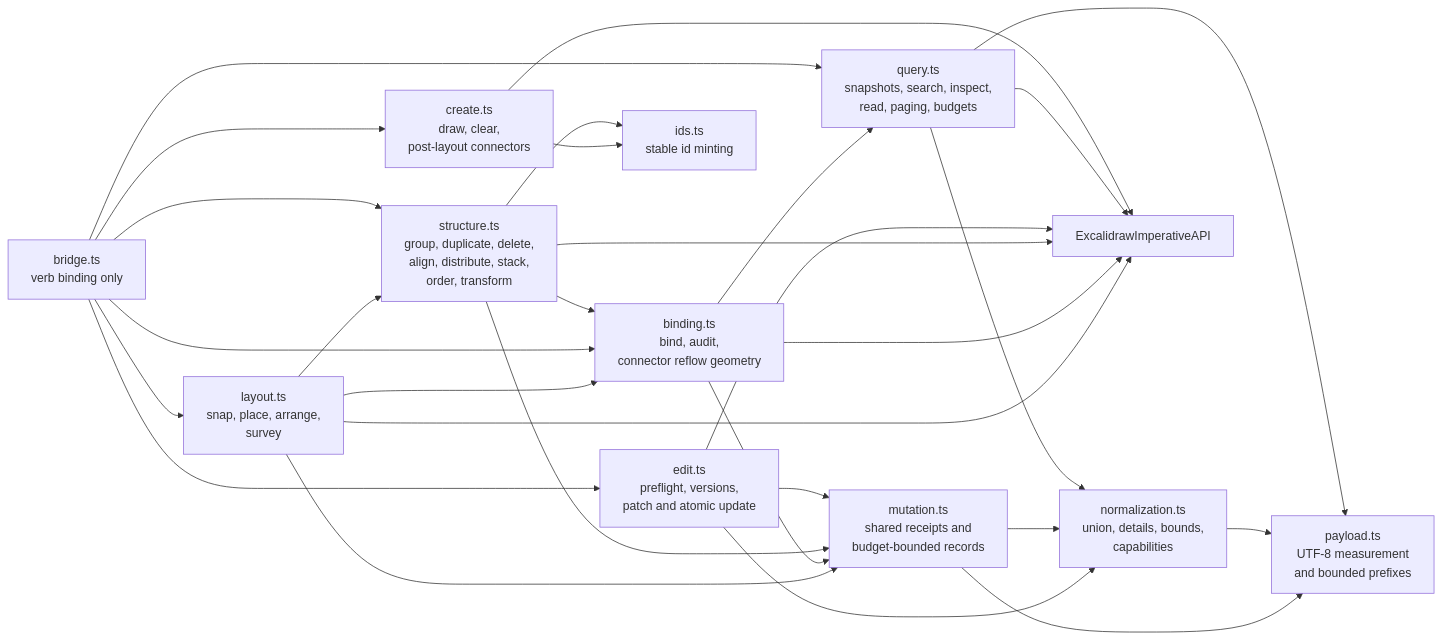
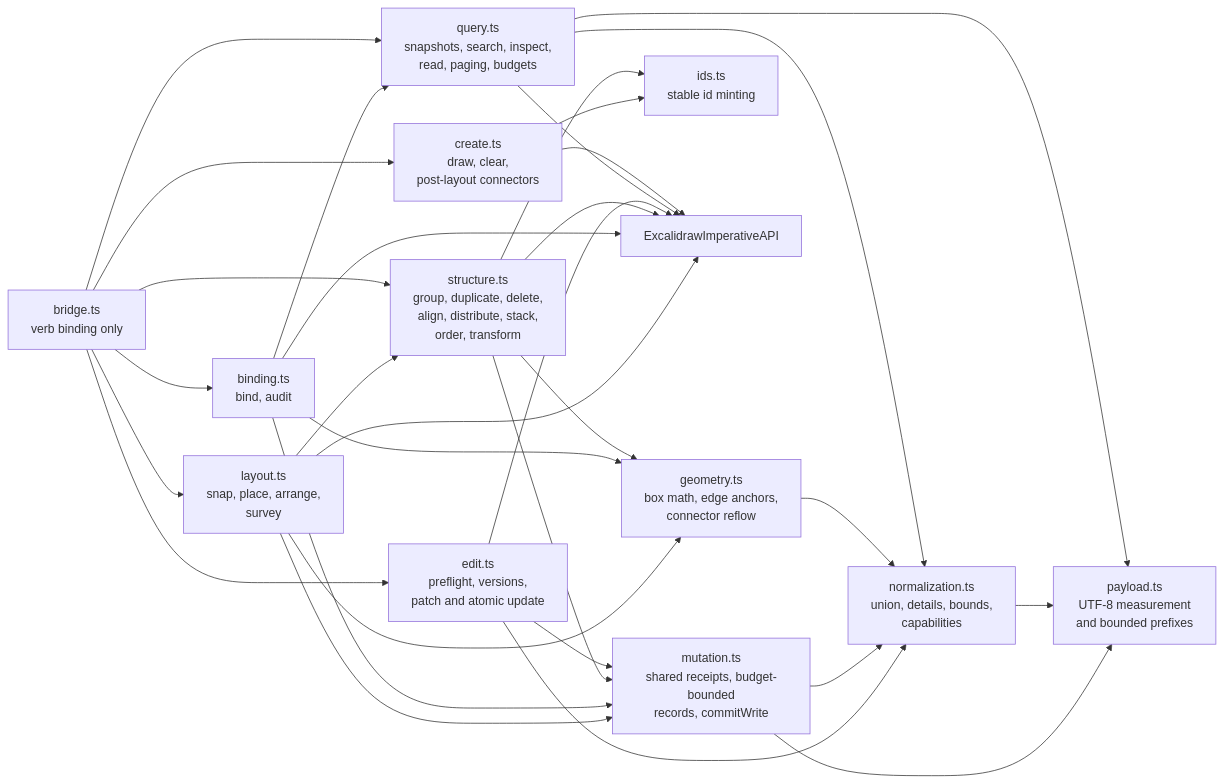
The eighth of 12 diagrams in docs/app-harness.md (NNTin/tinytinkerer), drawn with Mermaid before and after one commit. The commit also changed other lines of this file and 8 other files, not shown here.

First line of the commit message:
refactor(canvas): extract shared geometry + write/truncation helpers

````diff
--- a/docs/app-harness.md
+++ b/docs/app-harness.md
@@ -474,38 +474,41 @@
 ```mermaid
 flowchart LR
   bridge["bridge.ts<br/>verb binding only"]
   create["create.ts<br/>draw, clear,<br/>post-layout connectors"]
   query["query.ts<br/>snapshots, search, inspect,<br/>read, paging, budgets"]
   normalization["normalization.ts<br/>union, details, bounds,<br/>capabilities"]
   edit["edit.ts<br/>preflight, versions,<br/>patch and atomic update"]
   structure["structure.ts<br/>group, duplicate, delete,<br/>align, distribute, stack,<br/>order, transform"]
-  binding["binding.ts<br/>bind, audit,<br/>connector reflow geometry"]
+  binding["binding.ts<br/>bind, audit"]
   layout["layout.ts<br/>snap, place, arrange,<br/>survey"]
-  mutation["mutation.ts<br/>shared receipts and<br/>budget-bounded records"]
+  geometry["geometry.ts<br/>box math, edge anchors,<br/>connector reflow"]
+  mutation["mutation.ts<br/>shared receipts, budget-bounded<br/>records, commitWrite"]
   ids["ids.ts<br/>stable id minting"]
   payload["payload.ts<br/>UTF-8 measurement<br/>and bounded prefixes"]
   api["ExcalidrawImperativeAPI"]
 
   bridge --> create --> api
   bridge --> query --> api
   query --> normalization
   query --> payload
   bridge --> edit --> api
   edit --> mutation
   bridge --> structure --> api
   structure --> mutation
   structure --> ids
-  structure --> binding
+  structure --> geometry
   bridge --> binding --> api
   binding --> mutation
   binding --> query
+  binding --> geometry
   bridge --> layout --> api
   layout --> structure
-  layout --> binding
   layout --> mutation
+  layout --> geometry
+  geometry --> normalization
   create --> ids
   mutation --> normalization
   edit --> normalization
   normalization --> payload
   mutation --> payload
 ```
````
